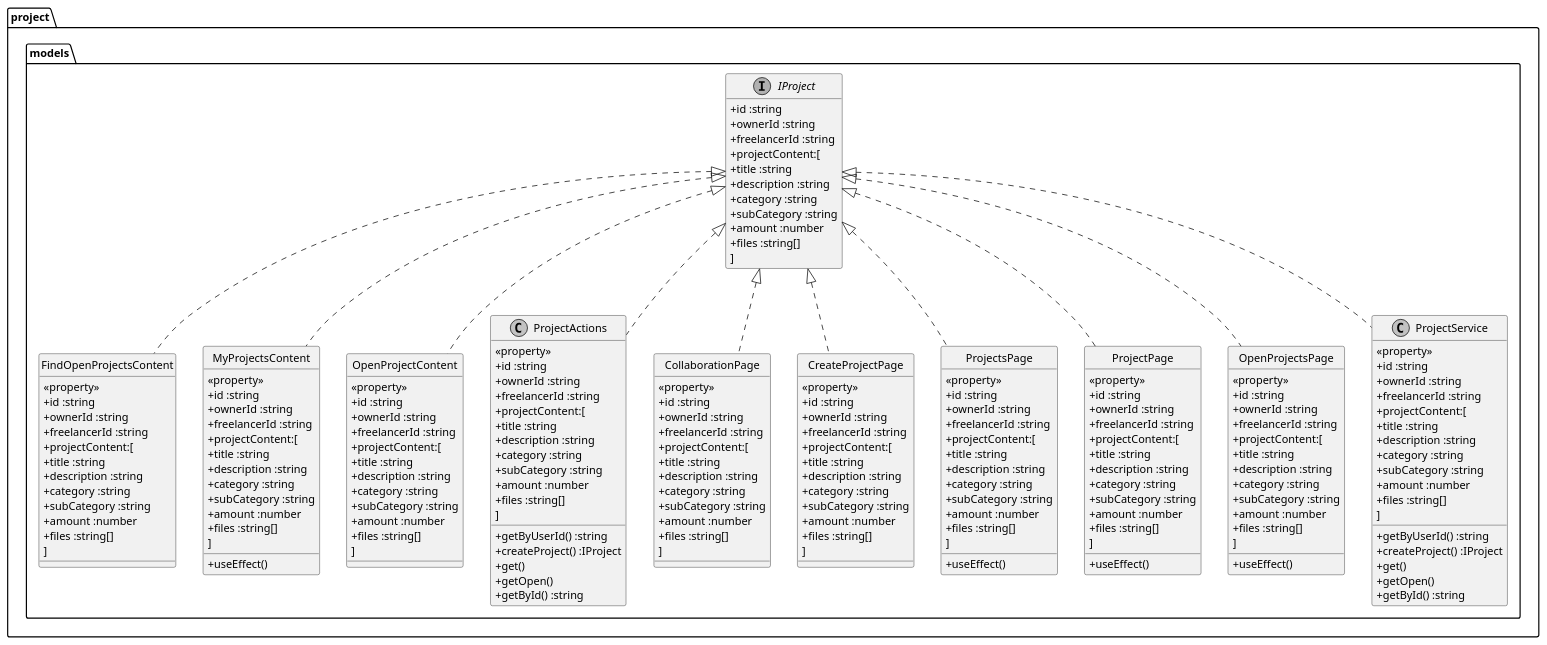
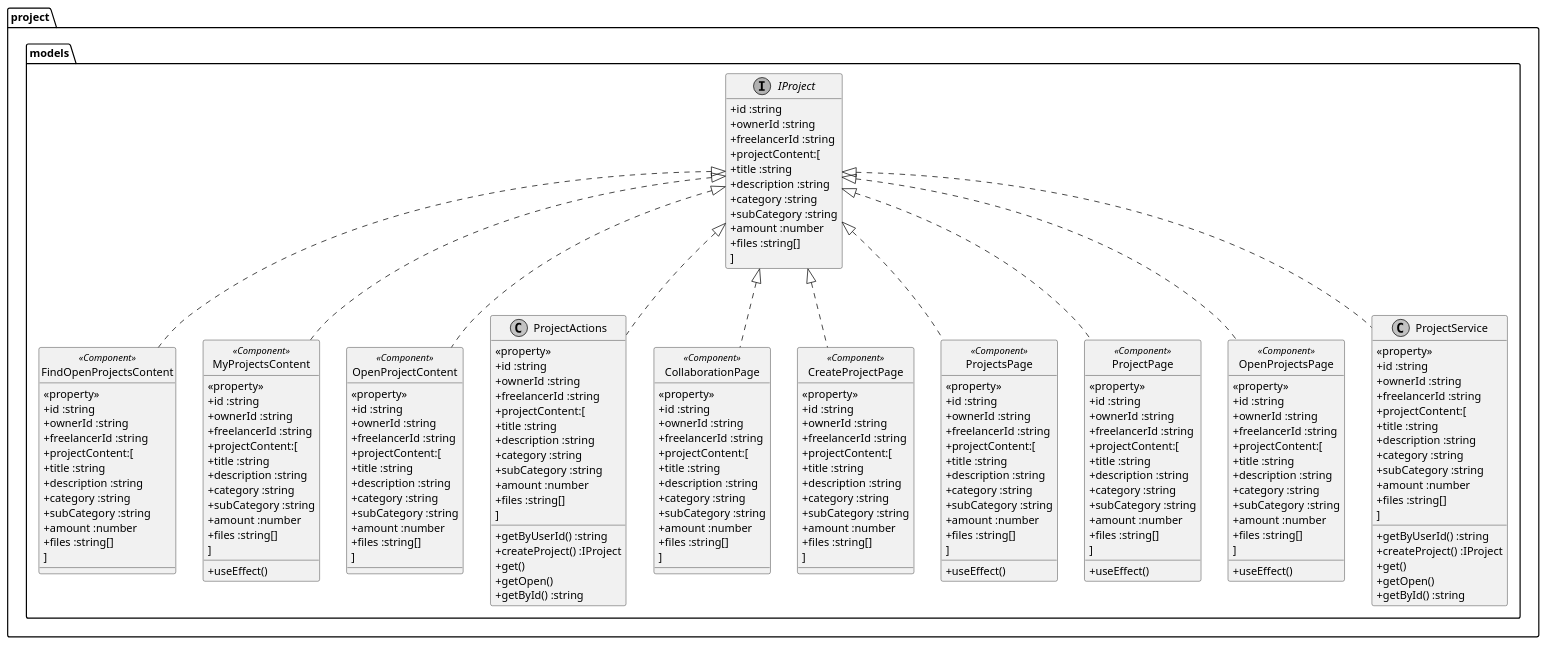
One commit to converge-app/software-design changed the diagram in diagrams/src/software-design/class-model-diagrams/project.models.pu. Above: the diagram before and after it, drawn with PlantUML. The commit also changed 18 other files, not shown here.

Commit message:
added service diagrams

```diff
--- a/diagrams/src/software-design/class-model-diagrams/project.models.pu
+++ b/diagrams/src/software-design/class-model-diagrams/project.models.pu
@@ -22,7 +22,7 @@
 
   
 
-class "FindOpenProjectsContent" {
+class "FindOpenProjectsContent" <<Component>>{
   <<property>>
     + id :string
    + ownerId :string
@@ -38,7 +38,7 @@
 }
 hide FindOpenProjectsContent circle
 
-class "MyProjectsContent" {
+class "MyProjectsContent" <<Component>>{
   + useEffect()
   <<property>>
    + id :string
@@ -55,7 +55,7 @@
 }
 hide MyProjectsContent circle
 
-class "OpenProjectContent" {
+class "OpenProjectContent" <<Component>>{
   <<property>>
     + id :string
    + ownerId :string
@@ -91,7 +91,7 @@
     ]
 }
 
-class "CollaborationPage" {
+class "CollaborationPage" <<Component>>{
   <<property>>
     + id :string
    + ownerId :string
@@ -108,7 +108,7 @@
 hide CollaborationPage circle
 
   
-class "CreateProjectPage" {
+class "CreateProjectPage" <<Component>>{
   <<property>>
      + id :string
    + ownerId :string
@@ -124,7 +124,7 @@
 }
 hide CreateProjectPage circle
   
-class "ProjectsPage" {
+class "ProjectsPage" <<Component>>{
   + useEffect()
   <<property>>
       + id :string
@@ -141,7 +141,7 @@
 }
 hide ProjectsPage circle
 
-class "ProjectPage" {
+class "ProjectPage" <<Component>>{
   + useEffect()
   <<property>>
   + id :string
@@ -159,7 +159,7 @@
 hide ProjectPage circle  
   
 
-class "OpenProjectsPage" {
+class "OpenProjectsPage" <<Component>>{
   + useEffect()
   <<property>>
      + id :string
```
